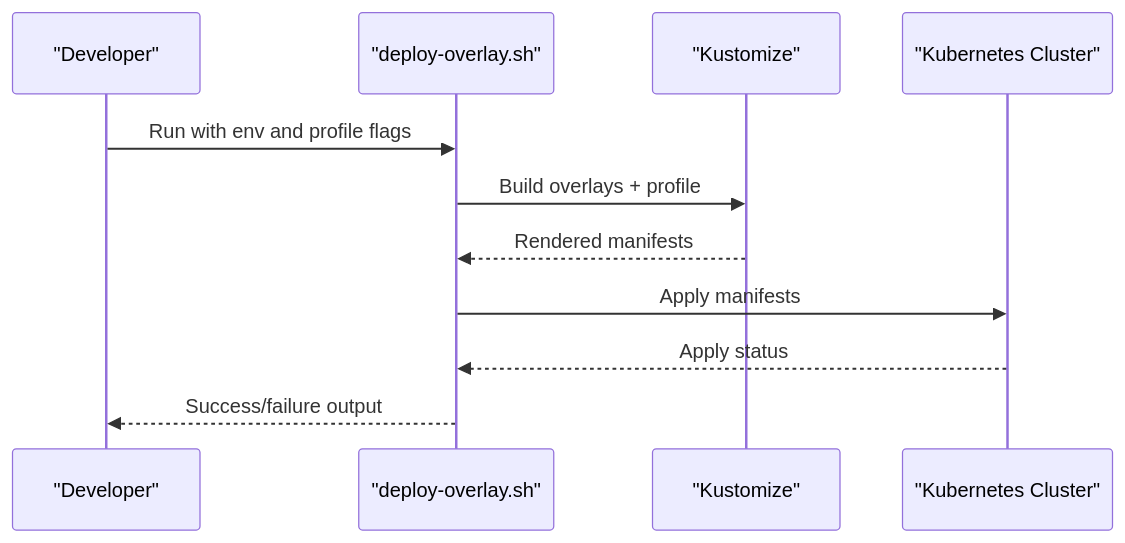
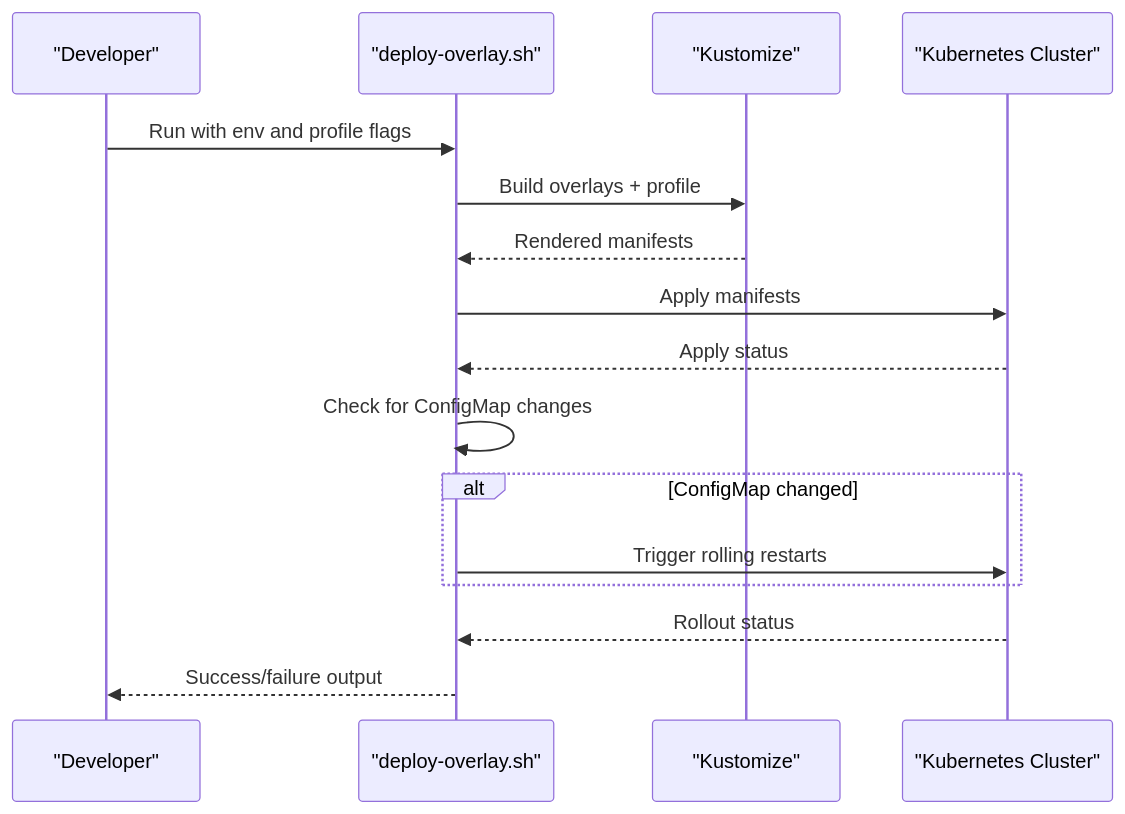
One commit to metasync/luban-aiops changed the sixth of 7 diagrams in .qoder/repowiki/en/content/Deployment and Operations/GitOps Workflow.md. Above: the diagram before and after it, drawn with Mermaid. The commit also changed other lines of this file and 43 other files, not shown here.

````diff
--- a/.qoder/repowiki/en/content/Deployment and Operations/GitOps Workflow.md
+++ b/.qoder/repowiki/en/content/Deployment and Operations/GitOps Workflow.md
@@ -210,13 +310,18 @@
 ```mermaid
 sequenceDiagram
 participant Dev as "Developer"
 participant Script as "deploy-overlay.sh"
 participant Kust as "Kustomize"
 participant Cluster as "Kubernetes Cluster"
 Dev->>Script : Run with env and profile flags
 Script->>Kust : Build overlays + profile
 Kust-->>Script : Rendered manifests
 Script->>Cluster : Apply manifests
 Cluster-->>Script : Apply status
+Script->>Script : Check for ConfigMap changes
+alt ConfigMap changed
+Script->>Cluster : Trigger rolling restarts
+end
+Cluster-->>Script : Rollout status
 Script-->>Dev : Success/failure output
 ```
````
